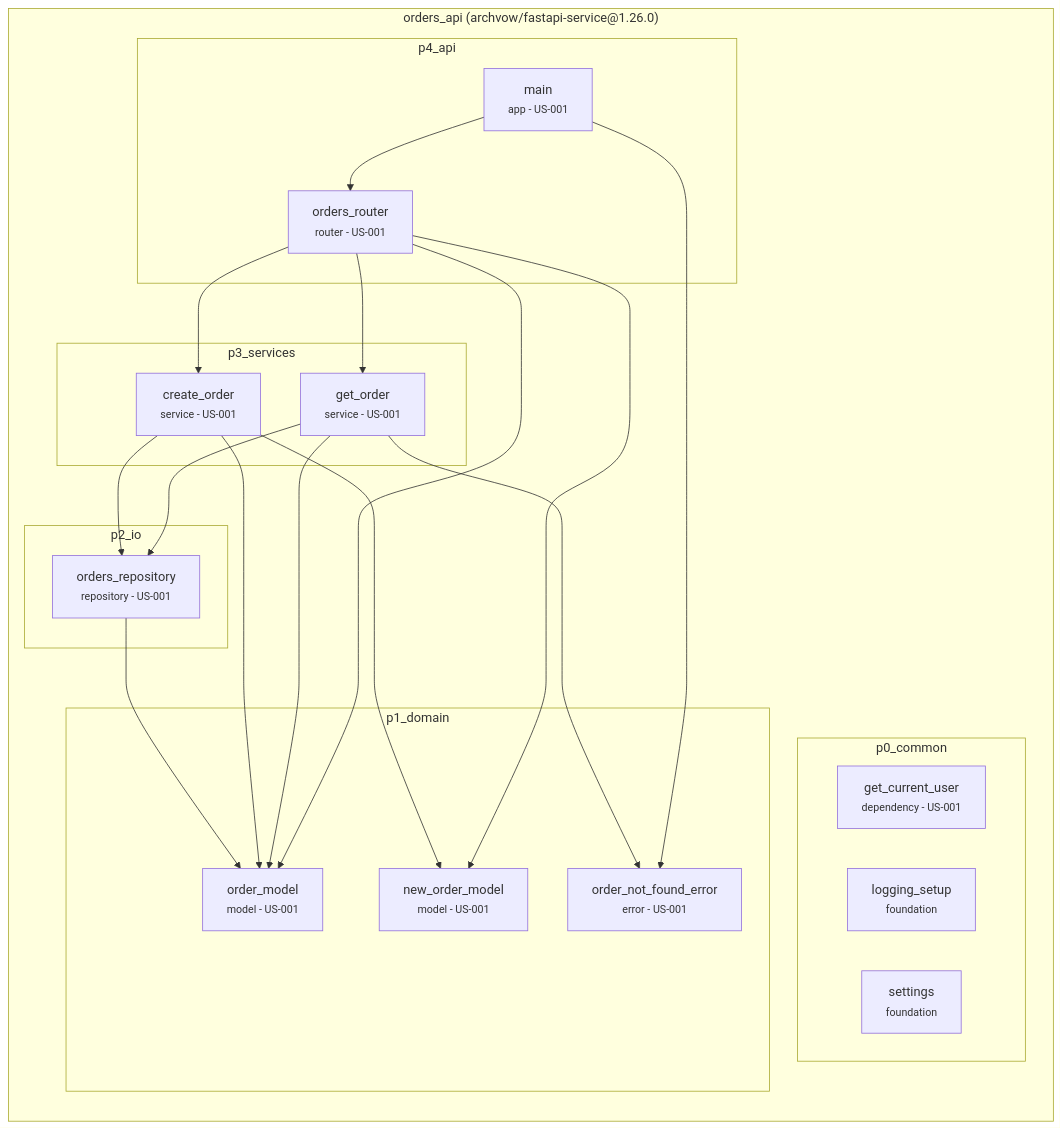
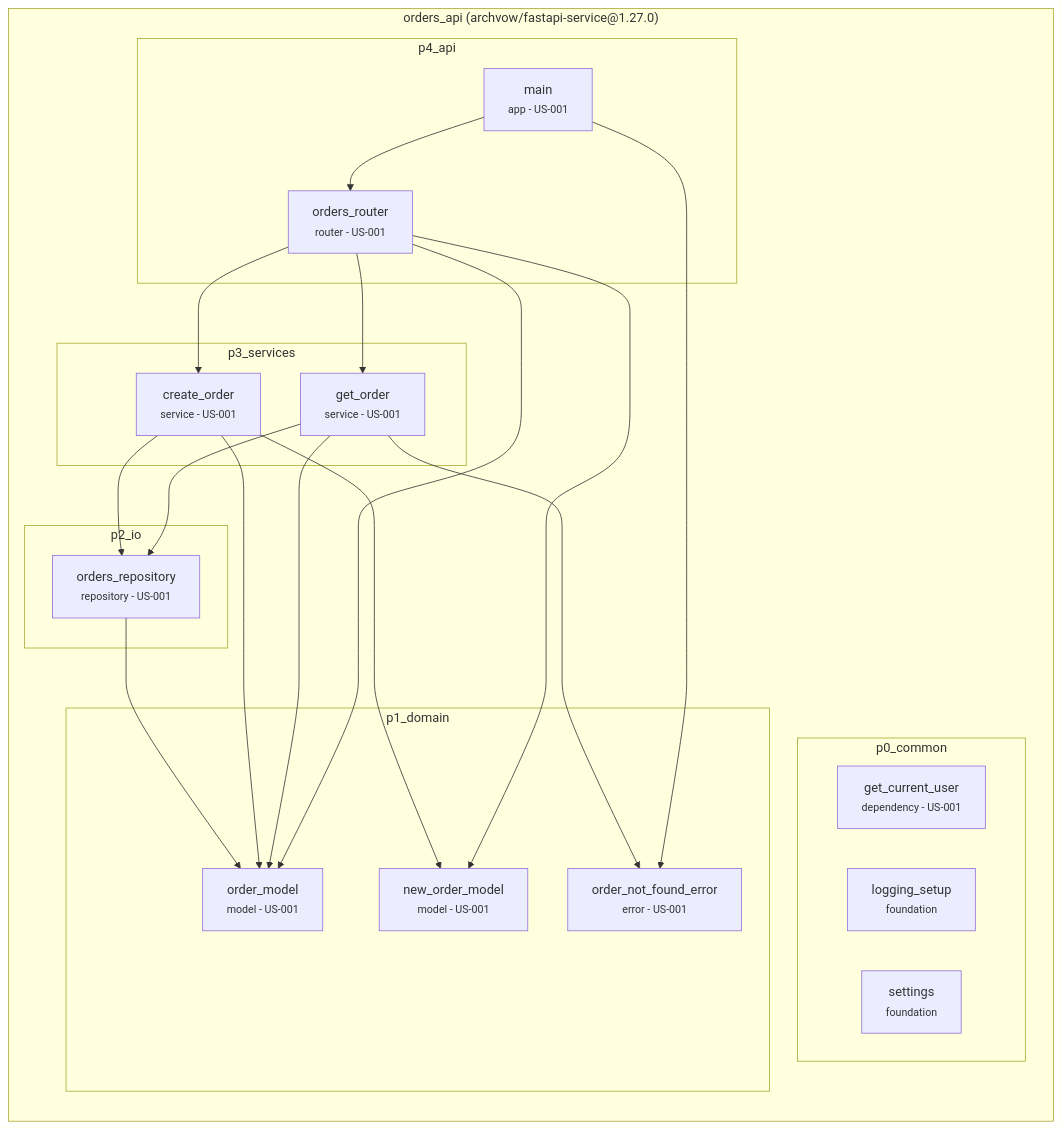
The diagram in contract/archvow/examples/fastapi-service/.archvow/spec.md (archvow/archvow-plugin), drawn with Mermaid before and after one commit. The commit also changed other lines of this file and 150 other files, not shown here.

````diff
--- a/contract/archvow/examples/fastapi-service/.archvow/spec.md
+++ b/contract/archvow/examples/fastapi-service/.archvow/spec.md
@@ -11,41 +11,41 @@
 ```mermaid
 flowchart TB
-  subgraph orders_api["orders_api (archvow/fastapi-service@1.26.0)"]
+  subgraph orders_api["orders_api (archvow/fastapi-service@1.27.0)"]
     direction TB
     subgraph orders_api__p0_common["p0_common"]
       orders_api__get_current_user["get_current_user<br/><small>dependency - US-001</small>"]
       orders_api__logging_setup["logging_setup<br/><small>foundation</small>"]
       orders_api__settings["settings<br/><small>foundation</small>"]
     end
     subgraph orders_api__p1_domain["p1_domain"]
       orders_api__new_order_model["new_order_model<br/><small>model - US-001</small>"]
       orders_api__order_model["order_model<br/><small>model - US-001</small>"]
       orders_api__order_not_found_error["order_not_found_error<br/><small>error - US-001</small>"]
     end
     subgraph orders_api__p2_io["p2_io"]
       orders_api__orders_repository["orders_repository<br/><small>repository - US-001</small>"]
     end
     subgraph orders_api__p3_services["p3_services"]
       orders_api__create_order["create_order<br/><small>service - US-001</small>"]
       orders_api__get_order["get_order<br/><small>service - US-001</small>"]
     end
     subgraph orders_api__p4_api["p4_api"]
       orders_api__main["main<br/><small>app - US-001</small>"]
       orders_api__orders_router["orders_router<br/><small>router - US-001</small>"]
     end
   end
   orders_api__orders_repository --> orders_api__order_model
   orders_api__create_order --> orders_api__order_model
   orders_api__create_order --> orders_api__new_order_model
   orders_api__create_order --> orders_api__orders_repository
   orders_api__get_order --> orders_api__order_model
   orders_api__get_order --> orders_api__order_not_found_error
   orders_api__get_order --> orders_api__orders_repository
   orders_api__main --> orders_api__orders_router
   orders_api__main --> orders_api__order_not_found_error
   orders_api__orders_router --> orders_api__create_order
   orders_api__orders_router --> orders_api__get_order
   orders_api__orders_router --> orders_api__order_model
   orders_api__orders_router --> orders_api__new_order_model
   classDef empty fill:none,stroke:none
 ```
````
